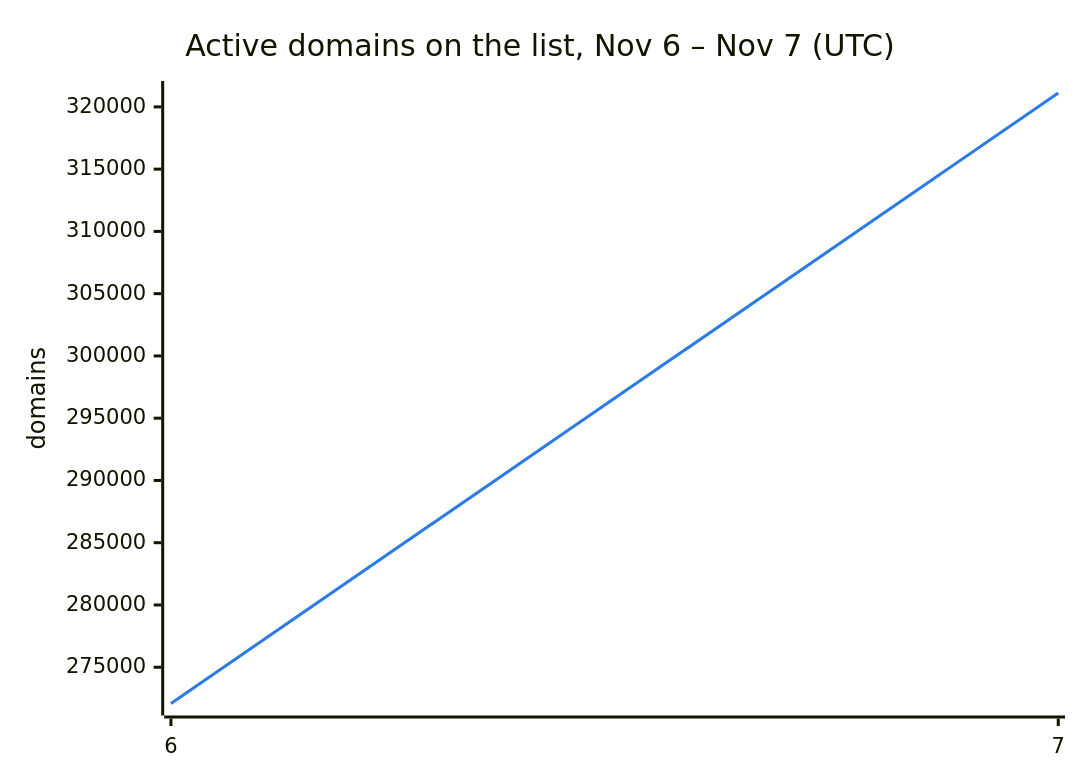
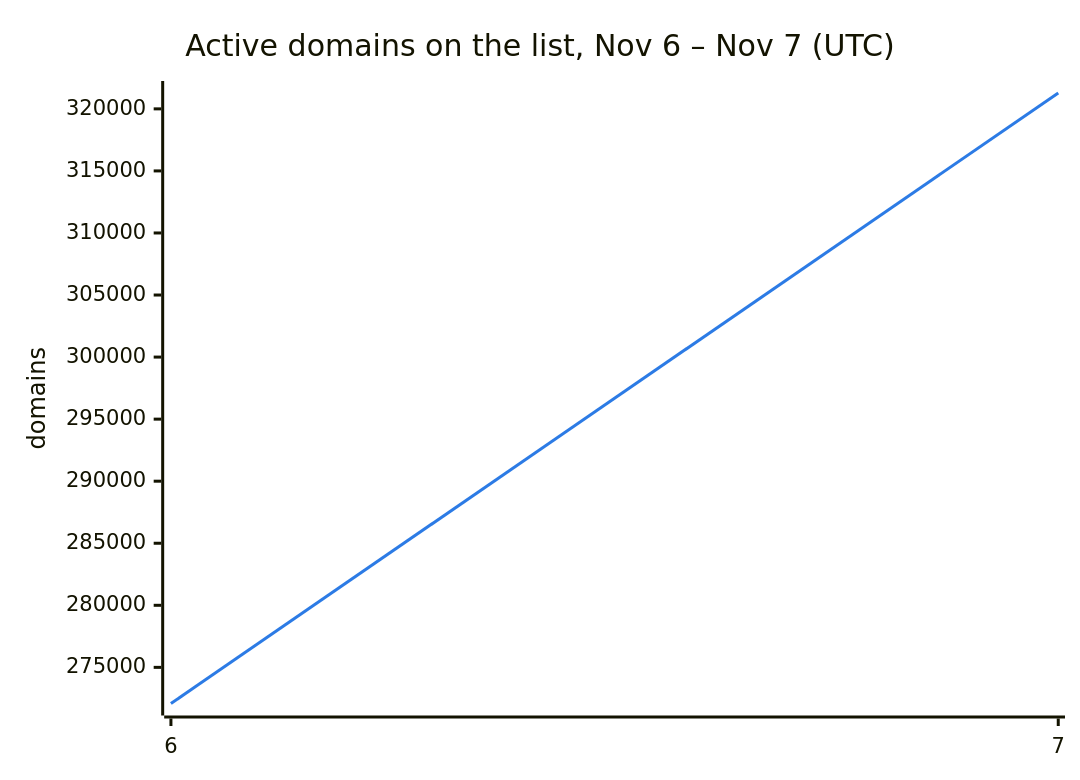
One commit to DNSBunker/CTI changed the second of 3 diagrams in README.md. Above: the diagram before and after it, drawn with Mermaid. The commit also changed other lines of this file and 3 other files, not shown here.

````diff
--- a/README.md
+++ b/README.md
@@ -38,8 +38,8 @@
 ```mermaid
 %%{init: {"themeVariables": {"xyChart": {"plotColorPalette": "#2c7be5"}}}}%%
 xychart-beta
     title "Active domains on the list, Nov 6 – Nov 7 (UTC)"
     x-axis ["6", "7"]
     y-axis "domains"
-    line [272088, 321115]
+    line [272088, 321278]
 ```
````
